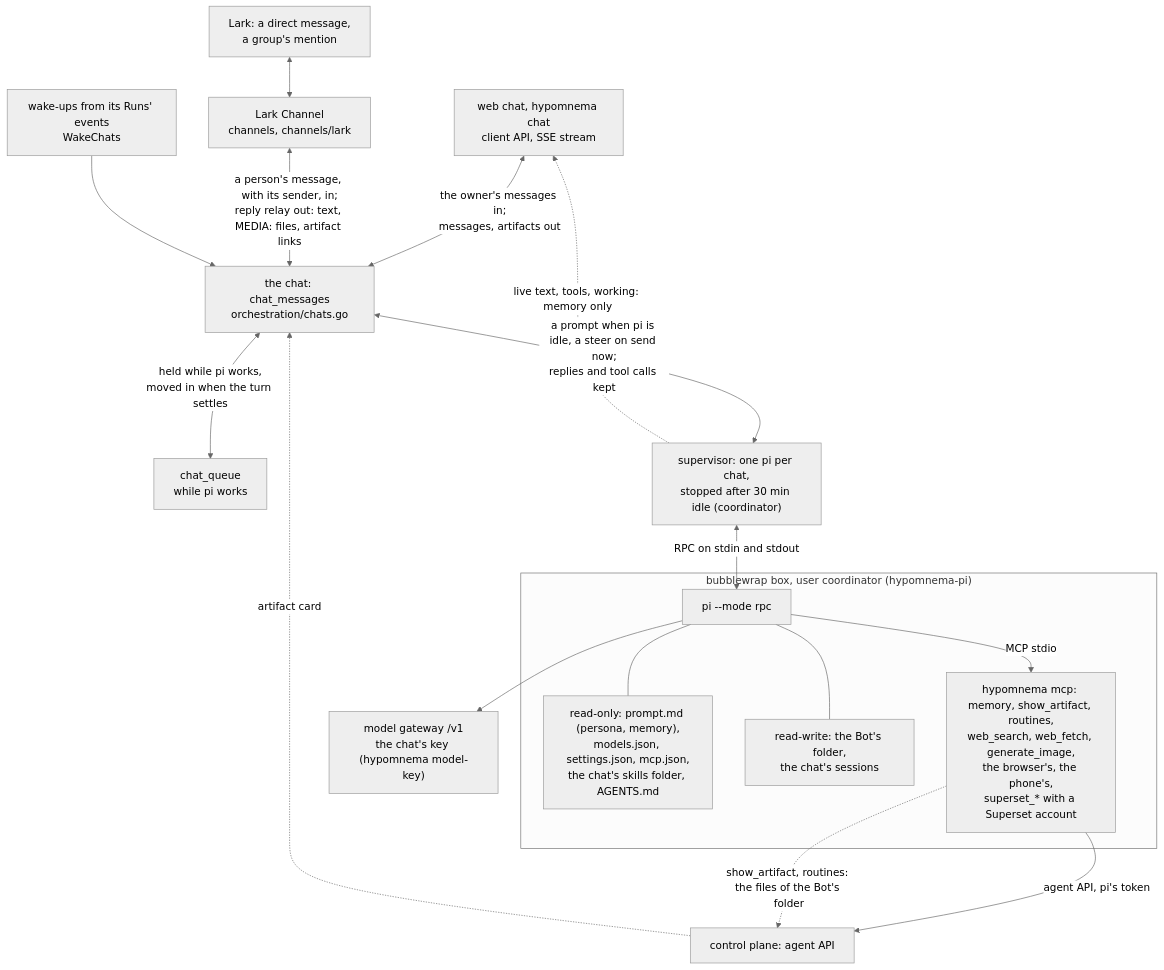
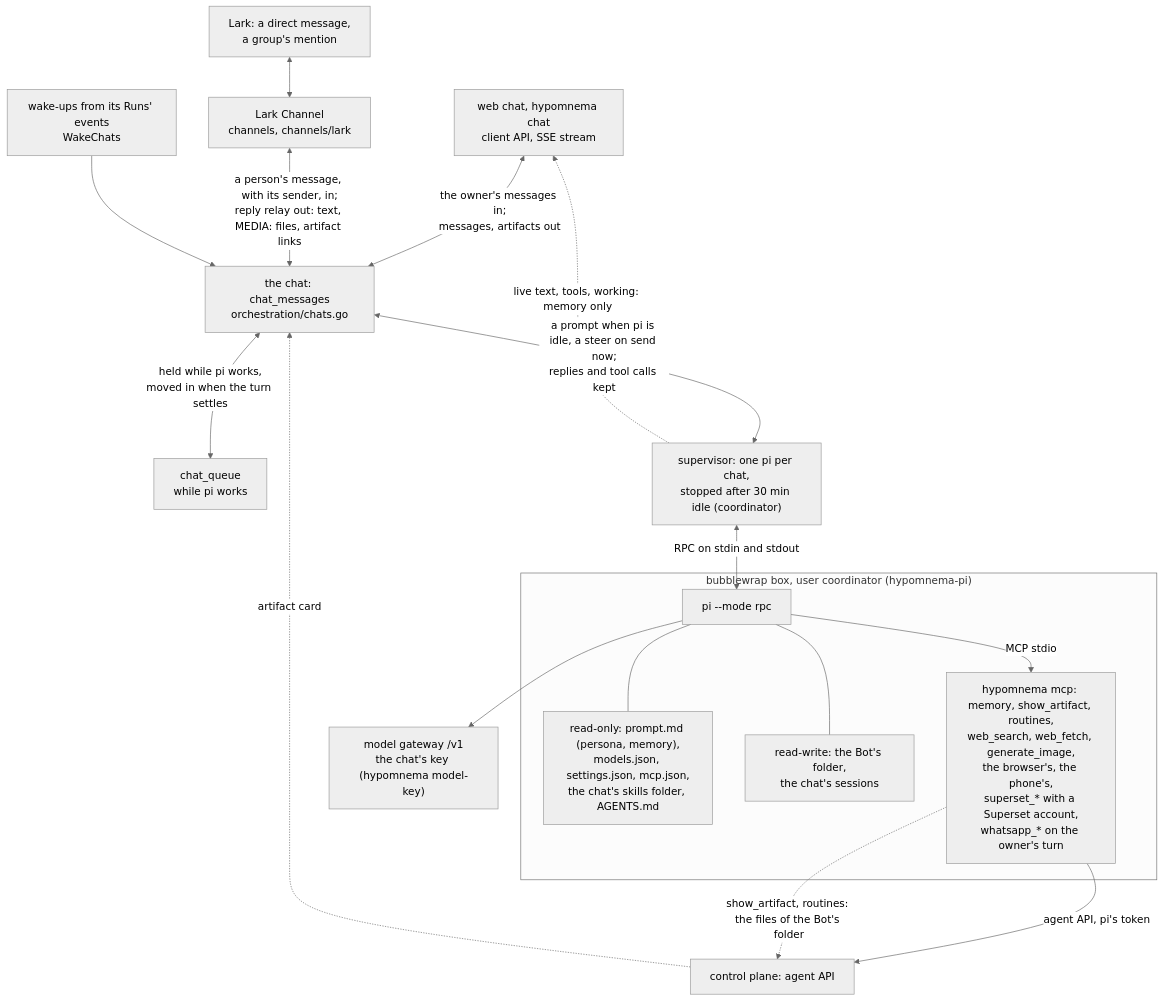
The second of 6 diagrams in ARCHITECTURE.md (kl3inIT/hypomnema), drawn with Mermaid (neutral theme) before and after one commit. The commit also changed other lines of this file and 9 other files, not shown here.

First line of the commit message:
feat(whatsapp): a Bot reads the owner's WhatsApp with tools, on his turn (#638)

````diff
--- a/ARCHITECTURE.md
+++ b/ARCHITECTURE.md
@@ -82,33 +82,33 @@
 ```mermaid
 flowchart TB
     WEB["web chat, hypomnema chat<br/>client API, SSE stream"]
     LK["Lark: a direct message,<br/>a group's mention"]
     CH["Lark Channel<br/>channels, channels/lark"]
     CHAT["the chat: chat_messages<br/>orchestration/chats.go"]
     Q["chat_queue<br/>while pi works"]
     WK["wake-ups from its Runs' events<br/>WakeChats"]
     SUP["supervisor: one pi per chat,<br/>stopped after 30 min idle (coordinator)"]
     subgraph BOX["bubblewrap box, user coordinator (hypomnema-pi)"]
         PI["pi --mode rpc"]
         RO["read-only: prompt.md (persona, memory),<br/>models.json, settings.json, mcp.json,<br/>the chat's skills folder, AGENTS.md"]
         RW["read-write: the Bot's folder,<br/>the chat's sessions"]
-        MCP["hypomnema mcp: memory, show_artifact, routines,<br/>web_search, web_fetch, generate_image,<br/>the browser's, the phone's,<br/>superset_* with a Superset account"]
+        MCP["hypomnema mcp: memory, show_artifact, routines,<br/>web_search, web_fetch, generate_image,<br/>the browser's, the phone's,<br/>superset_* with a Superset account,<br/>whatsapp_* on the owner's turn"]
     end
     GW["model gateway /v1<br/>the chat's key (hypomnema model-key)"]
 
     WEB <-- "the owner's messages in;<br/>messages, artifacts out" --> CHAT
     LK <--> CH
     CH <-- "a person's message, with its sender, in;<br/>reply relay out: text, MEDIA: files, artifact links" --> CHAT
     CHAT <-- "held while pi works,<br/>moved in when the turn settles" --> Q
     WK --> CHAT
     CHAT <-- "a prompt when pi is idle, a steer on send now;<br/>replies and tool calls kept" --> SUP
     SUP <-- "RPC on stdin and stdout" --> PI
     SUP -. "live text, tools, working: memory only" .-> WEB
     PI --- RO
     PI --- RW
     PI -- "MCP stdio" --> MCP
     MCP -- "agent API, pi's token" --> CP["control plane: agent API"]
     PI --> GW
     MCP -. "show_artifact, routines: the files of the Bot's folder" .-> CP
     CP -. "artifact card" .-> CHAT
 ```
````
